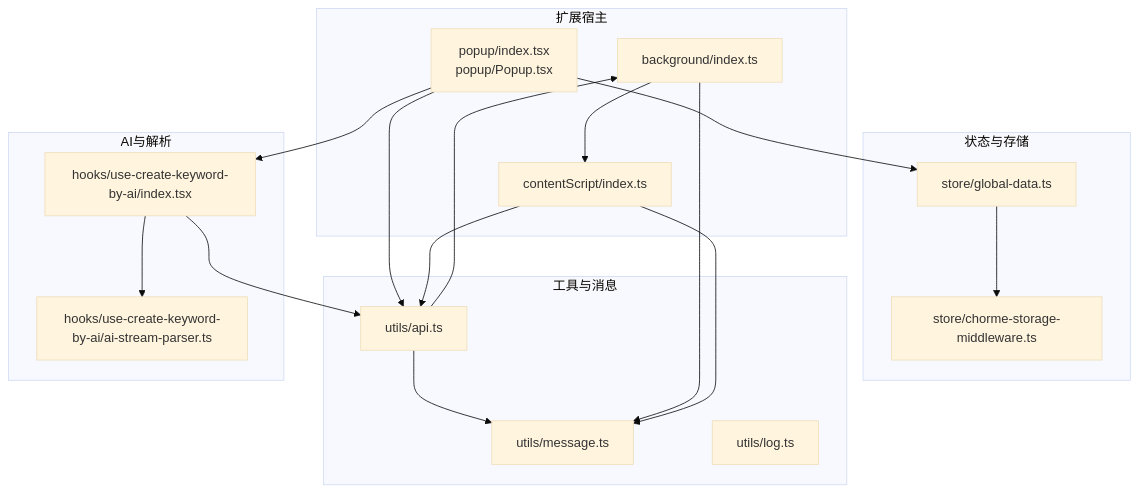
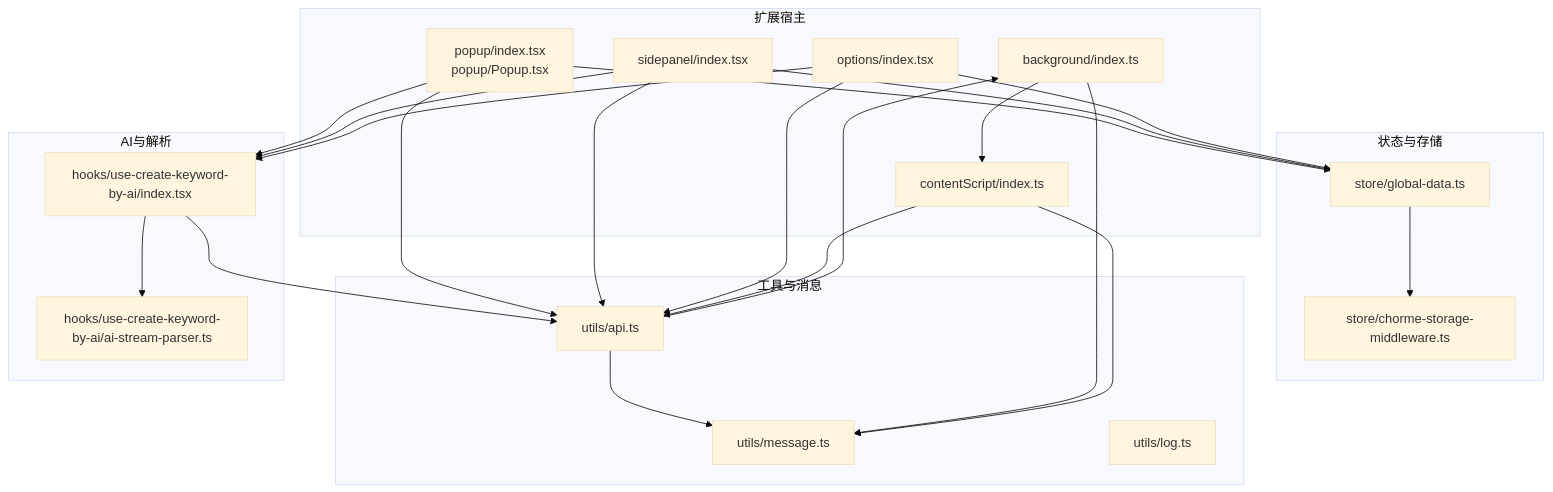
Before and after one commit to RadiumAg/bilibili-favorites: the first of 6 diagrams in .qoder/repowiki/zh/content/开发指南/调试技巧与开发工具.md, drawn with Mermaid (base theme). The commit also changed other lines of this file and 27 other files, not shown here.

````diff
--- a/.qoder/repowiki/zh/content/开发指南/调试技巧与开发工具.md
+++ b/.qoder/repowiki/zh/content/开发指南/调试技巧与开发工具.md
@@ -55,33 +64,41 @@
 ```mermaid
 graph TB
 subgraph "扩展宿主"
 BG["background/index.ts"]
 CS["contentScript/index.ts"]
 POP["popup/index.tsx<br/>popup/Popup.tsx"]
+SP["sidepanel/index.tsx"]
+OPT["options/index.tsx"]
 end
 subgraph "状态与存储"
 ZS["store/global-data.ts"]
 ZM["store/chorme-storage-middleware.ts"]
 end
 subgraph "工具与消息"
 MSG["utils/message.ts"]
 API["utils/api.ts"]
 LOG["utils/log.ts"]
 end
 subgraph "AI与解析"
 HOOK["hooks/use-create-keyword-by-ai/index.tsx"]
 PARSER["hooks/use-create-keyword-by-ai/ai-stream-parser.ts"]
 end
 POP --> API
+SP --> API
+OPT --> API
 POP --> ZS
+SP --> ZS
+OPT --> ZS
 POP --> HOOK
+SP --> HOOK
+OPT --> HOOK
 HOOK --> API
 HOOK --> PARSER
 API --> BG
 CS --> API
 BG --> CS
 ZS --> ZM
 API --> MSG
 BG --> MSG
 CS --> MSG
 ```
````
